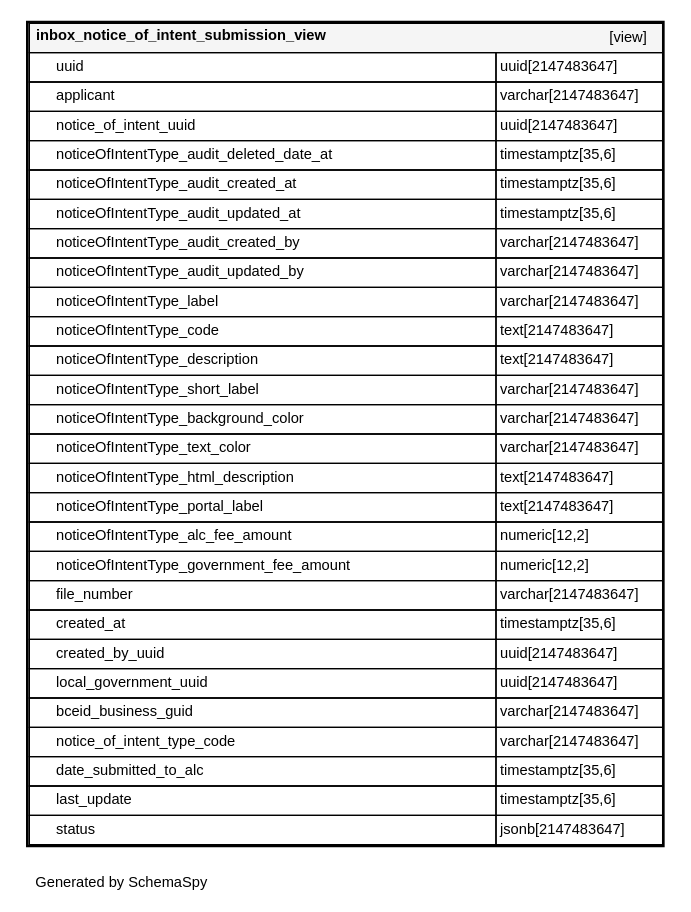
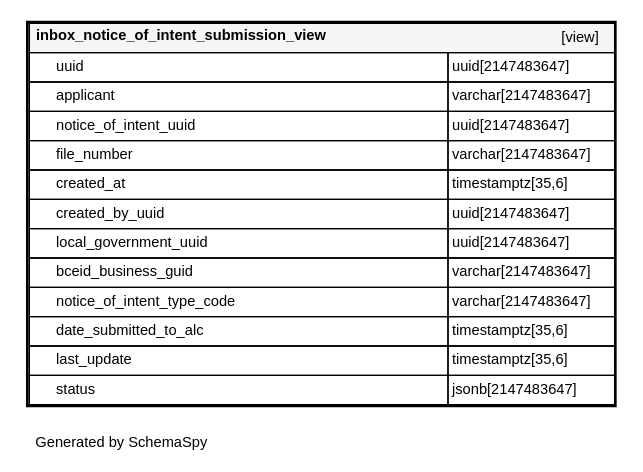
Before and after one commit to bcgov/alcs: the diagram in schemaspy/alcs/diagrams/tables/inbox_notice_of_intent_submission_view.1degree.dot, drawn with Graphviz. The commit also changed 81 other files, not shown here.

```diff
--- a/schemaspy/alcs/diagrams/tables/inbox_notice_of_intent_submission_view.1degree.dot
+++ b/schemaspy/alcs/diagrams/tables/inbox_notice_of_intent_submission_view.1degree.dot
@@ -4,33 +4,18 @@
    label=<
     <TABLE BORDER="2" CELLBORDER="1" CELLSPACING="0" BGCOLOR="#ffffff">
       <TR><TD COLSPAN="4"  BGCOLOR="#f5f5f5"><TABLE BORDER="0" CELLSPACING="0"><TR><TD ALIGN="LEFT" FIXEDSIZE="TRUE" WIDTH="293" HEIGHT="16"><B>inbox_notice_of_intent_submission_view</B></TD><TD ALIGN="RIGHT">[view]</TD></TR></TABLE></TD></TR>
-      <TR><TD PORT="uuid" COLSPAN="2" ALIGN="LEFT"><TABLE BORDER="0" CELLSPACING="0" ALIGN="LEFT"><TR ALIGN="LEFT"><TD ALIGN="LEFT" FIXEDSIZE="TRUE" WIDTH="15" HEIGHT="16"></TD><TD ALIGN="LEFT" FIXEDSIZE="TRUE" WIDTH="329" HEIGHT="16">uuid</TD></TR></TABLE></TD><TD PORT="uuid.type" ALIGN="LEFT">uuid[2147483647]</TD></TR>
-      <TR><TD PORT="applicant" COLSPAN="2" ALIGN="LEFT"><TABLE BORDER="0" CELLSPACING="0" ALIGN="LEFT"><TR ALIGN="LEFT"><TD ALIGN="LEFT" FIXEDSIZE="TRUE" WIDTH="15" HEIGHT="16"></TD><TD ALIGN="LEFT" FIXEDSIZE="TRUE" WIDTH="329" HEIGHT="16">applicant</TD></TR></TABLE></TD><TD PORT="applicant.type" ALIGN="LEFT">varchar[2147483647]</TD></TR>
-      <TR><TD PORT="notice_of_intent_uuid" COLSPAN="2" ALIGN="LEFT"><TABLE BORDER="0" CELLSPACING="0" ALIGN="LEFT"><TR ALIGN="LEFT"><TD ALIGN="LEFT" FIXEDSIZE="TRUE" WIDTH="15" HEIGHT="16"></TD><TD ALIGN="LEFT" FIXEDSIZE="TRUE" WIDTH="329" HEIGHT="16">notice_of_intent_uuid</TD></TR></TABLE></TD><TD PORT="notice_of_intent_uuid.type" ALIGN="LEFT">uuid[2147483647]</TD></TR>
-      <TR><TD PORT="noticeOfIntentType_audit_deleted_date_at" COLSPAN="2" ALIGN="LEFT"><TABLE BORDER="0" CELLSPACING="0" ALIGN="LEFT"><TR ALIGN="LEFT"><TD ALIGN="LEFT" FIXEDSIZE="TRUE" WIDTH="15" HEIGHT="16"></TD><TD ALIGN="LEFT" FIXEDSIZE="TRUE" WIDTH="329" HEIGHT="16">noticeOfIntentType_audit_deleted_date_at</TD></TR></TABLE></TD><TD PORT="noticeOfIntentType_audit_deleted_date_at.type" ALIGN="LEFT">timestamptz[35,6]</TD></TR>
-      <TR><TD PORT="noticeOfIntentType_audit_created_at" COLSPAN="2" ALIGN="LEFT"><TABLE BORDER="0" CELLSPACING="0" ALIGN="LEFT"><TR ALIGN="LEFT"><TD ALIGN="LEFT" FIXEDSIZE="TRUE" WIDTH="15" HEIGHT="16"></TD><TD ALIGN="LEFT" FIXEDSIZE="TRUE" WIDTH="329" HEIGHT="16">noticeOfIntentType_audit_created_at</TD></TR></TABLE></TD><TD PORT="noticeOfIntentType_audit_created_at.type" ALIGN="LEFT">timestamptz[35,6]</TD></TR>
-      <TR><TD PORT="noticeOfIntentType_audit_updated_at" COLSPAN="2" ALIGN="LEFT"><TABLE BORDER="0" CELLSPACING="0" ALIGN="LEFT"><TR ALIGN="LEFT"><TD ALIGN="LEFT" FIXEDSIZE="TRUE" WIDTH="15" HEIGHT="16"></TD><TD ALIGN="LEFT" FIXEDSIZE="TRUE" WIDTH="329" HEIGHT="16">noticeOfIntentType_audit_updated_at</TD></TR></TABLE></TD><TD PORT="noticeOfIntentType_audit_updated_at.type" ALIGN="LEFT">timestamptz[35,6]</TD></TR>
-      <TR><TD PORT="noticeOfIntentType_audit_created_by" COLSPAN="2" ALIGN="LEFT"><TABLE BORDER="0" CELLSPACING="0" ALIGN="LEFT"><TR ALIGN="LEFT"><TD ALIGN="LEFT" FIXEDSIZE="TRUE" WIDTH="15" HEIGHT="16"></TD><TD ALIGN="LEFT" FIXEDSIZE="TRUE" WIDTH="329" HEIGHT="16">noticeOfIntentType_audit_created_by</TD></TR></TABLE></TD><TD PORT="noticeOfIntentType_audit_created_by.type" ALIGN="LEFT">varchar[2147483647]</TD></TR>
-      <TR><TD PORT="noticeOfIntentType_audit_updated_by" COLSPAN="2" ALIGN="LEFT"><TABLE BORDER="0" CELLSPACING="0" ALIGN="LEFT"><TR ALIGN="LEFT"><TD ALIGN="LEFT" FIXEDSIZE="TRUE" WIDTH="15" HEIGHT="16"></TD><TD ALIGN="LEFT" FIXEDSIZE="TRUE" WIDTH="329" HEIGHT="16">noticeOfIntentType_audit_updated_by</TD></TR></TABLE></TD><TD PORT="noticeOfIntentType_audit_updated_by.type" ALIGN="LEFT">varchar[2147483647]</TD></TR>
-      <TR><TD PORT="noticeOfIntentType_label" COLSPAN="2" ALIGN="LEFT"><TABLE BORDER="0" CELLSPACING="0" ALIGN="LEFT"><TR ALIGN="LEFT"><TD ALIGN="LEFT" FIXEDSIZE="TRUE" WIDTH="15" HEIGHT="16"></TD><TD ALIGN="LEFT" FIXEDSIZE="TRUE" WIDTH="329" HEIGHT="16">noticeOfIntentType_label</TD></TR></TABLE></TD><TD PORT="noticeOfIntentType_label.type" ALIGN="LEFT">varchar[2147483647]</TD></TR>
-      <TR><TD PORT="noticeOfIntentType_code" COLSPAN="2" ALIGN="LEFT"><TABLE BORDER="0" CELLSPACING="0" ALIGN="LEFT"><TR ALIGN="LEFT"><TD ALIGN="LEFT" FIXEDSIZE="TRUE" WIDTH="15" HEIGHT="16"></TD><TD ALIGN="LEFT" FIXEDSIZE="TRUE" WIDTH="329" HEIGHT="16">noticeOfIntentType_code</TD></TR></TABLE></TD><TD PORT="noticeOfIntentType_code.type" ALIGN="LEFT">text[2147483647]</TD></TR>
-      <TR><TD PORT="noticeOfIntentType_description" COLSPAN="2" ALIGN="LEFT"><TABLE BORDER="0" CELLSPACING="0" ALIGN="LEFT"><TR ALIGN="LEFT"><TD ALIGN="LEFT" FIXEDSIZE="TRUE" WIDTH="15" HEIGHT="16"></TD><TD ALIGN="LEFT" FIXEDSIZE="TRUE" WIDTH="329" HEIGHT="16">noticeOfIntentType_description</TD></TR></TABLE></TD><TD PORT="noticeOfIntentType_description.type" ALIGN="LEFT">text[2147483647]</TD></TR>
-      <TR><TD PORT="noticeOfIntentType_short_label" COLSPAN="2" ALIGN="LEFT"><TABLE BORDER="0" CELLSPACING="0" ALIGN="LEFT"><TR ALIGN="LEFT"><TD ALIGN="LEFT" FIXEDSIZE="TRUE" WIDTH="15" HEIGHT="16"></TD><TD ALIGN="LEFT" FIXEDSIZE="TRUE" WIDTH="329" HEIGHT="16">noticeOfIntentType_short_label</TD></TR></TABLE></TD><TD PORT="noticeOfIntentType_short_label.type" ALIGN="LEFT">varchar[2147483647]</TD></TR>
-      <TR><TD PORT="noticeOfIntentType_background_color" COLSPAN="2" ALIGN="LEFT"><TABLE BORDER="0" CELLSPACING="0" ALIGN="LEFT"><TR ALIGN="LEFT"><TD ALIGN="LEFT" FIXEDSIZE="TRUE" WIDTH="15" HEIGHT="16"></TD><TD ALIGN="LEFT" FIXEDSIZE="TRUE" WIDTH="329" HEIGHT="16">noticeOfIntentType_background_color</TD></TR></TABLE></TD><TD PORT="noticeOfIntentType_background_color.type" ALIGN="LEFT">varchar[2147483647]</TD></TR>
-      <TR><TD PORT="noticeOfIntentType_text_color" COLSPAN="2" ALIGN="LEFT"><TABLE BORDER="0" CELLSPACING="0" ALIGN="LEFT"><TR ALIGN="LEFT"><TD ALIGN="LEFT" FIXEDSIZE="TRUE" WIDTH="15" HEIGHT="16"></TD><TD ALIGN="LEFT" FIXEDSIZE="TRUE" WIDTH="329" HEIGHT="16">noticeOfIntentType_text_color</TD></TR></TABLE></TD><TD PORT="noticeOfIntentType_text_color.type" ALIGN="LEFT">varchar[2147483647]</TD></TR>
-      <TR><TD PORT="noticeOfIntentType_html_description" COLSPAN="2" ALIGN="LEFT"><TABLE BORDER="0" CELLSPACING="0" ALIGN="LEFT"><TR ALIGN="LEFT"><TD ALIGN="LEFT" FIXEDSIZE="TRUE" WIDTH="15" HEIGHT="16"></TD><TD ALIGN="LEFT" FIXEDSIZE="TRUE" WIDTH="329" HEIGHT="16">noticeOfIntentType_html_description</TD></TR></TABLE></TD><TD PORT="noticeOfIntentType_html_description.type" ALIGN="LEFT">text[2147483647]</TD></TR>
-      <TR><TD PORT="noticeOfIntentType_portal_label" COLSPAN="2" ALIGN="LEFT"><TABLE BORDER="0" CELLSPACING="0" ALIGN="LEFT"><TR ALIGN="LEFT"><TD ALIGN="LEFT" FIXEDSIZE="TRUE" WIDTH="15" HEIGHT="16"></TD><TD ALIGN="LEFT" FIXEDSIZE="TRUE" WIDTH="329" HEIGHT="16">noticeOfIntentType_portal_label</TD></TR></TABLE></TD><TD PORT="noticeOfIntentType_portal_label.type" ALIGN="LEFT">text[2147483647]</TD></TR>
-      <TR><TD PORT="noticeOfIntentType_alc_fee_amount" COLSPAN="2" ALIGN="LEFT"><TABLE BORDER="0" CELLSPACING="0" ALIGN="LEFT"><TR ALIGN="LEFT"><TD ALIGN="LEFT" FIXEDSIZE="TRUE" WIDTH="15" HEIGHT="16"></TD><TD ALIGN="LEFT" FIXEDSIZE="TRUE" WIDTH="329" HEIGHT="16">noticeOfIntentType_alc_fee_amount</TD></TR></TABLE></TD><TD PORT="noticeOfIntentType_alc_fee_amount.type" ALIGN="LEFT">numeric[12,2]</TD></TR>
-      <TR><TD PORT="noticeOfIntentType_government_fee_amount" COLSPAN="2" ALIGN="LEFT"><TABLE BORDER="0" CELLSPACING="0" ALIGN="LEFT"><TR ALIGN="LEFT"><TD ALIGN="LEFT" FIXEDSIZE="TRUE" WIDTH="15" HEIGHT="16"></TD><TD ALIGN="LEFT" FIXEDSIZE="TRUE" WIDTH="329" HEIGHT="16">noticeOfIntentType_government_fee_amount</TD></TR></TABLE></TD><TD PORT="noticeOfIntentType_government_fee_amount.type" ALIGN="LEFT">numeric[12,2]</TD></TR>
-      <TR><TD PORT="file_number" COLSPAN="2" ALIGN="LEFT"><TABLE BORDER="0" CELLSPACING="0" ALIGN="LEFT"><TR ALIGN="LEFT"><TD ALIGN="LEFT" FIXEDSIZE="TRUE" WIDTH="15" HEIGHT="16"></TD><TD ALIGN="LEFT" FIXEDSIZE="TRUE" WIDTH="329" HEIGHT="16">file_number</TD></TR></TABLE></TD><TD PORT="file_number.type" ALIGN="LEFT">varchar[2147483647]</TD></TR>
-      <TR><TD PORT="created_at" COLSPAN="2" ALIGN="LEFT"><TABLE BORDER="0" CELLSPACING="0" ALIGN="LEFT"><TR ALIGN="LEFT"><TD ALIGN="LEFT" FIXEDSIZE="TRUE" WIDTH="15" HEIGHT="16"></TD><TD ALIGN="LEFT" FIXEDSIZE="TRUE" WIDTH="329" HEIGHT="16">created_at</TD></TR></TABLE></TD><TD PORT="created_at.type" ALIGN="LEFT">timestamptz[35,6]</TD></TR>
-      <TR><TD PORT="created_by_uuid" COLSPAN="2" ALIGN="LEFT"><TABLE BORDER="0" CELLSPACING="0" ALIGN="LEFT"><TR ALIGN="LEFT"><TD ALIGN="LEFT" FIXEDSIZE="TRUE" WIDTH="15" HEIGHT="16"></TD><TD ALIGN="LEFT" FIXEDSIZE="TRUE" WIDTH="329" HEIGHT="16">created_by_uuid</TD></TR></TABLE></TD><TD PORT="created_by_uuid.type" ALIGN="LEFT">uuid[2147483647]</TD></TR>
-      <TR><TD PORT="local_government_uuid" COLSPAN="2" ALIGN="LEFT"><TABLE BORDER="0" CELLSPACING="0" ALIGN="LEFT"><TR ALIGN="LEFT"><TD ALIGN="LEFT" FIXEDSIZE="TRUE" WIDTH="15" HEIGHT="16"></TD><TD ALIGN="LEFT" FIXEDSIZE="TRUE" WIDTH="329" HEIGHT="16">local_government_uuid</TD></TR></TABLE></TD><TD PORT="local_government_uuid.type" ALIGN="LEFT">uuid[2147483647]</TD></TR>
-      <TR><TD PORT="bceid_business_guid" COLSPAN="2" ALIGN="LEFT"><TABLE BORDER="0" CELLSPACING="0" ALIGN="LEFT"><TR ALIGN="LEFT"><TD ALIGN="LEFT" FIXEDSIZE="TRUE" WIDTH="15" HEIGHT="16"></TD><TD ALIGN="LEFT" FIXEDSIZE="TRUE" WIDTH="329" HEIGHT="16">bceid_business_guid</TD></TR></TABLE></TD><TD PORT="bceid_business_guid.type" ALIGN="LEFT">varchar[2147483647]</TD></TR>
-      <TR><TD PORT="notice_of_intent_type_code" COLSPAN="2" ALIGN="LEFT"><TABLE BORDER="0" CELLSPACING="0" ALIGN="LEFT"><TR ALIGN="LEFT"><TD ALIGN="LEFT" FIXEDSIZE="TRUE" WIDTH="15" HEIGHT="16"></TD><TD ALIGN="LEFT" FIXEDSIZE="TRUE" WIDTH="329" HEIGHT="16">notice_of_intent_type_code</TD></TR></TABLE></TD><TD PORT="notice_of_intent_type_code.type" ALIGN="LEFT">varchar[2147483647]</TD></TR>
-      <TR><TD PORT="date_submitted_to_alc" COLSPAN="2" ALIGN="LEFT"><TABLE BORDER="0" CELLSPACING="0" ALIGN="LEFT"><TR ALIGN="LEFT"><TD ALIGN="LEFT" FIXEDSIZE="TRUE" WIDTH="15" HEIGHT="16"></TD><TD ALIGN="LEFT" FIXEDSIZE="TRUE" WIDTH="329" HEIGHT="16">date_submitted_to_alc</TD></TR></TABLE></TD><TD PORT="date_submitted_to_alc.type" ALIGN="LEFT">timestamptz[35,6]</TD></TR>
-      <TR><TD PORT="last_update" COLSPAN="2" ALIGN="LEFT"><TABLE BORDER="0" CELLSPACING="0" ALIGN="LEFT"><TR ALIGN="LEFT"><TD ALIGN="LEFT" FIXEDSIZE="TRUE" WIDTH="15" HEIGHT="16"></TD><TD ALIGN="LEFT" FIXEDSIZE="TRUE" WIDTH="329" HEIGHT="16">last_update</TD></TR></TABLE></TD><TD PORT="last_update.type" ALIGN="LEFT">timestamptz[35,6]</TD></TR>
-      <TR><TD PORT="status" COLSPAN="2" ALIGN="LEFT"><TABLE BORDER="0" CELLSPACING="0" ALIGN="LEFT"><TR ALIGN="LEFT"><TD ALIGN="LEFT" FIXEDSIZE="TRUE" WIDTH="15" HEIGHT="16"></TD><TD ALIGN="LEFT" FIXEDSIZE="TRUE" WIDTH="329" HEIGHT="16">status</TD></TR></TABLE></TD><TD PORT="status.type" ALIGN="LEFT">jsonb[2147483647]</TD></TR>
+      <TR><TD PORT="uuid" COLSPAN="2" ALIGN="LEFT"><TABLE BORDER="0" CELLSPACING="0" ALIGN="LEFT"><TR ALIGN="LEFT"><TD ALIGN="LEFT" FIXEDSIZE="TRUE" WIDTH="15" HEIGHT="16"></TD><TD ALIGN="LEFT" FIXEDSIZE="TRUE" WIDTH="293" HEIGHT="16">uuid</TD></TR></TABLE></TD><TD PORT="uuid.type" ALIGN="LEFT">uuid[2147483647]</TD></TR>
+      <TR><TD PORT="applicant" COLSPAN="2" ALIGN="LEFT"><TABLE BORDER="0" CELLSPACING="0" ALIGN="LEFT"><TR ALIGN="LEFT"><TD ALIGN="LEFT" FIXEDSIZE="TRUE" WIDTH="15" HEIGHT="16"></TD><TD ALIGN="LEFT" FIXEDSIZE="TRUE" WIDTH="293" HEIGHT="16">applicant</TD></TR></TABLE></TD><TD PORT="applicant.type" ALIGN="LEFT">varchar[2147483647]</TD></TR>
+      <TR><TD PORT="notice_of_intent_uuid" COLSPAN="2" ALIGN="LEFT"><TABLE BORDER="0" CELLSPACING="0" ALIGN="LEFT"><TR ALIGN="LEFT"><TD ALIGN="LEFT" FIXEDSIZE="TRUE" WIDTH="15" HEIGHT="16"></TD><TD ALIGN="LEFT" FIXEDSIZE="TRUE" WIDTH="293" HEIGHT="16">notice_of_intent_uuid</TD></TR></TABLE></TD><TD PORT="notice_of_intent_uuid.type" ALIGN="LEFT">uuid[2147483647]</TD></TR>
+      <TR><TD PORT="file_number" COLSPAN="2" ALIGN="LEFT"><TABLE BORDER="0" CELLSPACING="0" ALIGN="LEFT"><TR ALIGN="LEFT"><TD ALIGN="LEFT" FIXEDSIZE="TRUE" WIDTH="15" HEIGHT="16"></TD><TD ALIGN="LEFT" FIXEDSIZE="TRUE" WIDTH="293" HEIGHT="16">file_number</TD></TR></TABLE></TD><TD PORT="file_number.type" ALIGN="LEFT">varchar[2147483647]</TD></TR>
+      <TR><TD PORT="created_at" COLSPAN="2" ALIGN="LEFT"><TABLE BORDER="0" CELLSPACING="0" ALIGN="LEFT"><TR ALIGN="LEFT"><TD ALIGN="LEFT" FIXEDSIZE="TRUE" WIDTH="15" HEIGHT="16"></TD><TD ALIGN="LEFT" FIXEDSIZE="TRUE" WIDTH="293" HEIGHT="16">created_at</TD></TR></TABLE></TD><TD PORT="created_at.type" ALIGN="LEFT">timestamptz[35,6]</TD></TR>
+      <TR><TD PORT="created_by_uuid" COLSPAN="2" ALIGN="LEFT"><TABLE BORDER="0" CELLSPACING="0" ALIGN="LEFT"><TR ALIGN="LEFT"><TD ALIGN="LEFT" FIXEDSIZE="TRUE" WIDTH="15" HEIGHT="16"></TD><TD ALIGN="LEFT" FIXEDSIZE="TRUE" WIDTH="293" HEIGHT="16">created_by_uuid</TD></TR></TABLE></TD><TD PORT="created_by_uuid.type" ALIGN="LEFT">uuid[2147483647]</TD></TR>
+      <TR><TD PORT="local_government_uuid" COLSPAN="2" ALIGN="LEFT"><TABLE BORDER="0" CELLSPACING="0" ALIGN="LEFT"><TR ALIGN="LEFT"><TD ALIGN="LEFT" FIXEDSIZE="TRUE" WIDTH="15" HEIGHT="16"></TD><TD ALIGN="LEFT" FIXEDSIZE="TRUE" WIDTH="293" HEIGHT="16">local_government_uuid</TD></TR></TABLE></TD><TD PORT="local_government_uuid.type" ALIGN="LEFT">uuid[2147483647]</TD></TR>
+      <TR><TD PORT="bceid_business_guid" COLSPAN="2" ALIGN="LEFT"><TABLE BORDER="0" CELLSPACING="0" ALIGN="LEFT"><TR ALIGN="LEFT"><TD ALIGN="LEFT" FIXEDSIZE="TRUE" WIDTH="15" HEIGHT="16"></TD><TD ALIGN="LEFT" FIXEDSIZE="TRUE" WIDTH="293" HEIGHT="16">bceid_business_guid</TD></TR></TABLE></TD><TD PORT="bceid_business_guid.type" ALIGN="LEFT">varchar[2147483647]</TD></TR>
+      <TR><TD PORT="notice_of_intent_type_code" COLSPAN="2" ALIGN="LEFT"><TABLE BORDER="0" CELLSPACING="0" ALIGN="LEFT"><TR ALIGN="LEFT"><TD ALIGN="LEFT" FIXEDSIZE="TRUE" WIDTH="15" HEIGHT="16"></TD><TD ALIGN="LEFT" FIXEDSIZE="TRUE" WIDTH="293" HEIGHT="16">notice_of_intent_type_code</TD></TR></TABLE></TD><TD PORT="notice_of_intent_type_code.type" ALIGN="LEFT">varchar[2147483647]</TD></TR>
+      <TR><TD PORT="date_submitted_to_alc" COLSPAN="2" ALIGN="LEFT"><TABLE BORDER="0" CELLSPACING="0" ALIGN="LEFT"><TR ALIGN="LEFT"><TD ALIGN="LEFT" FIXEDSIZE="TRUE" WIDTH="15" HEIGHT="16"></TD><TD ALIGN="LEFT" FIXEDSIZE="TRUE" WIDTH="293" HEIGHT="16">date_submitted_to_alc</TD></TR></TABLE></TD><TD PORT="date_submitted_to_alc.type" ALIGN="LEFT">timestamptz[35,6]</TD></TR>
+      <TR><TD PORT="last_update" COLSPAN="2" ALIGN="LEFT"><TABLE BORDER="0" CELLSPACING="0" ALIGN="LEFT"><TR ALIGN="LEFT"><TD ALIGN="LEFT" FIXEDSIZE="TRUE" WIDTH="15" HEIGHT="16"></TD><TD ALIGN="LEFT" FIXEDSIZE="TRUE" WIDTH="293" HEIGHT="16">last_update</TD></TR></TABLE></TD><TD PORT="last_update.type" ALIGN="LEFT">timestamptz[35,6]</TD></TR>
+      <TR><TD PORT="status" COLSPAN="2" ALIGN="LEFT"><TABLE BORDER="0" CELLSPACING="0" ALIGN="LEFT"><TR ALIGN="LEFT"><TD ALIGN="LEFT" FIXEDSIZE="TRUE" WIDTH="15" HEIGHT="16"></TD><TD ALIGN="LEFT" FIXEDSIZE="TRUE" WIDTH="293" HEIGHT="16">status</TD></TR></TABLE></TD><TD PORT="status.type" ALIGN="LEFT">jsonb[2147483647]</TD></TR>
     </TABLE>>
     URL="inbox_notice_of_intent_submission_view.html"
     target="_top"
```
